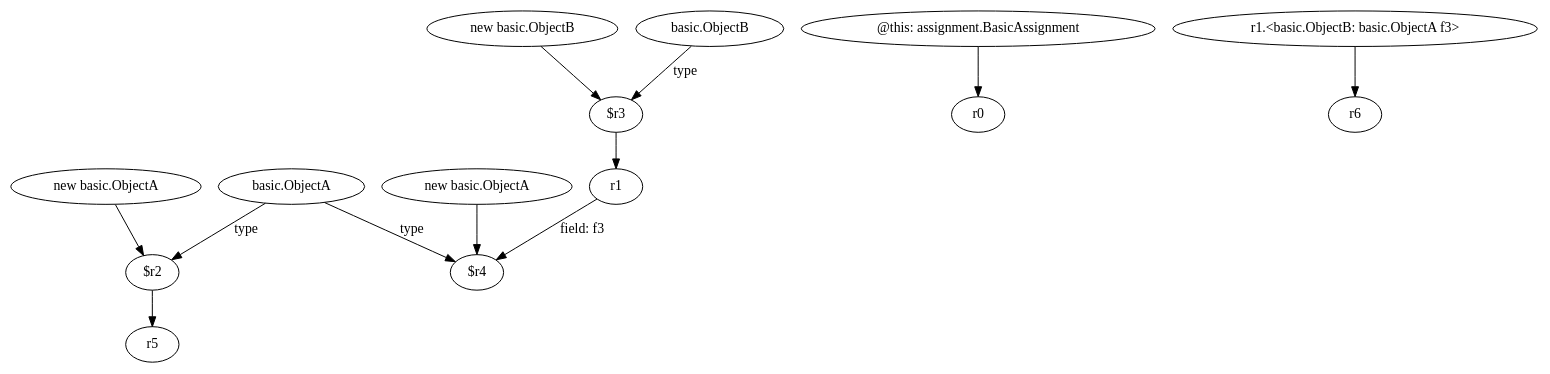
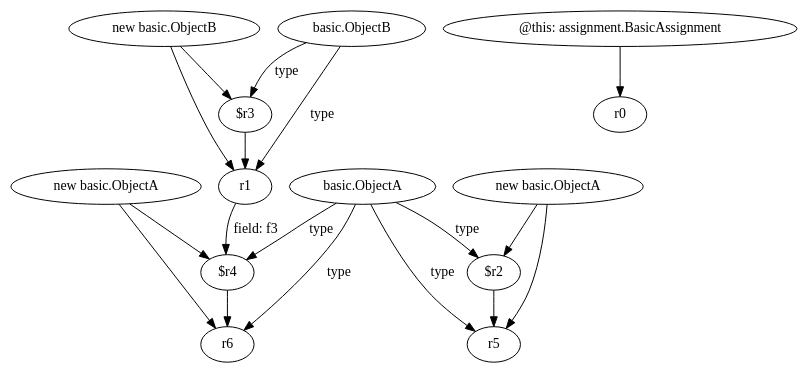
Before and after one commit to SeanCoek/zString: the diagram in relation2/<assignment.BasicAssignment: void var2field()>.dot, drawn with Graphviz. The commit also changed 36 other files, not shown here.

```diff
--- a/relation2/<assignment.BasicAssignment: void var2field()>.dot
+++ b/relation2/<assignment.BasicAssignment: void var2field()>.dot
@@ -1,27 +1,32 @@
 digraph g {
-0[label="basic.ObjectA"]
-1[label="$r2"]
-0->1[label="type"]
-2[label="$r3"]
-3[label="r1"]
+0[label="new basic.ObjectB"]
+1[label="r1"]
+0->1[label=""]
+2[label="@this: assignment.BasicAssignment"]
+3[label="r0"]
 2->3[label=""]
-4[label="r5"]
-1->4[label=""]
-5[label="new basic.ObjectB"]
-5->2[label=""]
-6[label="$r4"]
-0->6[label="type"]
-7[label="@this: assignment.BasicAssignment"]
-8[label="r0"]
+4[label="$r3"]
+4->1[label=""]
+5[label="new basic.ObjectA"]
+6[label="r6"]
+5->6[label=""]
+7[label="new basic.ObjectA"]
+8[label="r5"]
 7->8[label=""]
-9[label="basic.ObjectB"]
-9->2[label="type"]
-10[label="new basic.ObjectA"]
-10->6[label=""]
-3->6[label="field: f3"]
-11[label="r1.<basic.ObjectB: basic.ObjectA f3>"]
-12[label="r6"]
-11->12[label=""]
-13[label="new basic.ObjectA"]
-13->1[label=""]
+9[label="$r2"]
+7->9[label=""]
+10[label="basic.ObjectB"]
+10->1[label="type"]
+11[label="$r4"]
+5->11[label=""]
+0->4[label=""]
+9->8[label=""]
+10->4[label="type"]
+12[label="basic.ObjectA"]
+12->9[label="type"]
+12->11[label="type"]
+12->6[label="type"]
+1->11[label="field: f3"]
+11->6[label=""]
+12->8[label="type"]
 }
```
